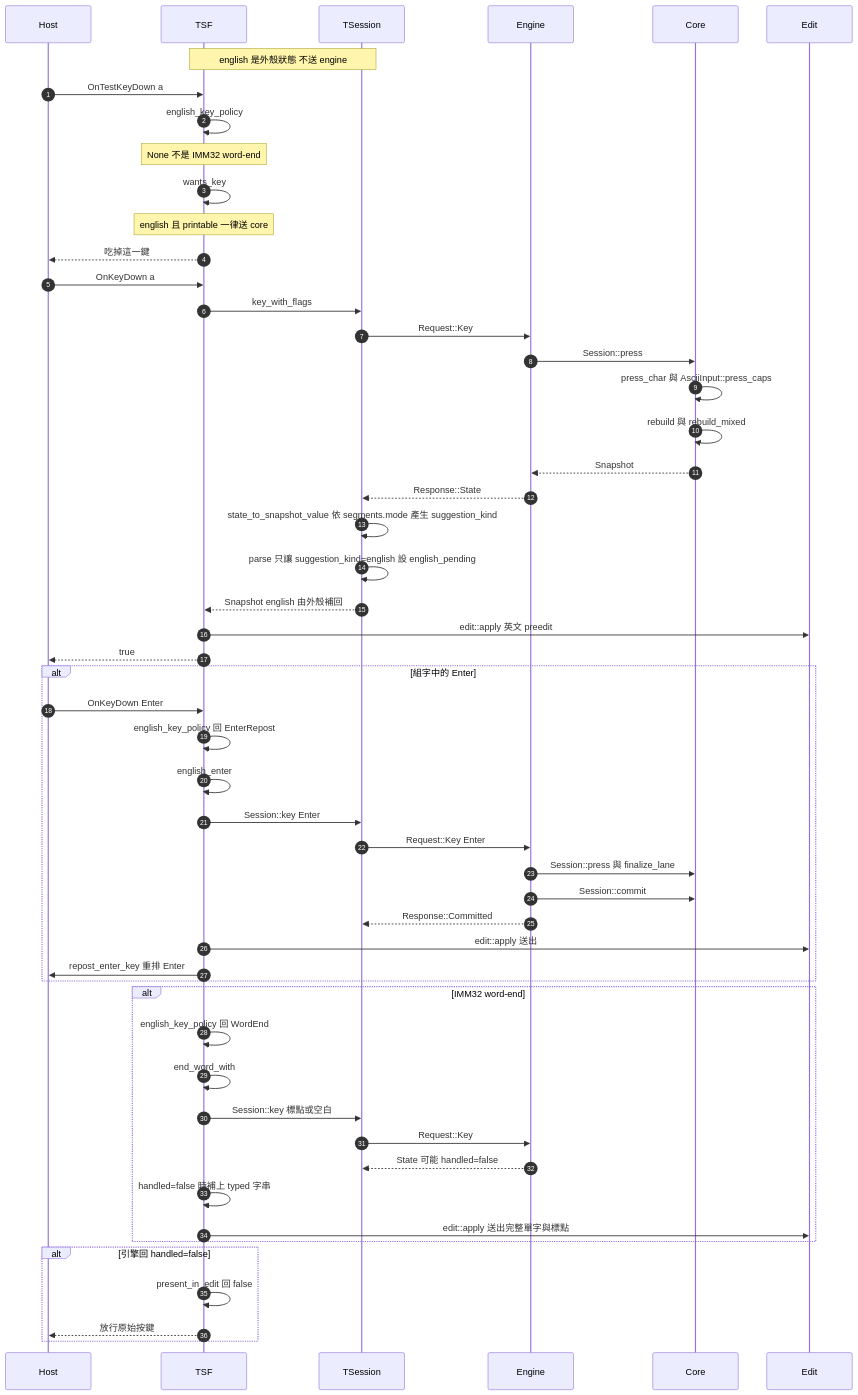
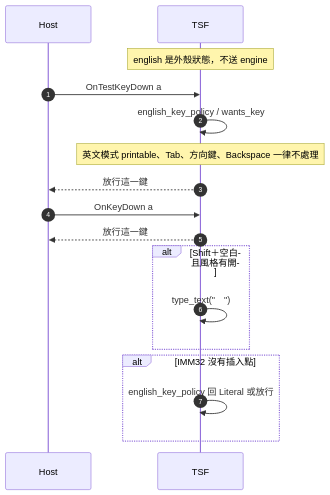
One commit to jeffpeng3/jc-ime changed the fifth of 13 diagrams in docs/port/event-flows.md. Above: the diagram before and after it, drawn with Mermaid. The commit also changed other lines of this file and 16 other files, not shown here.

````diff
--- a/docs/port/event-flows.md
+++ b/docs/port/event-flows.md
@@ -305,60 +305,23 @@
 ```mermaid
 sequenceDiagram
     autonumber
     participant Host
     participant TSF
-    participant TSession
-    participant Engine
-    participant Core
-    participant Edit
 
-    Note over TSF,TSession: english 是外殼狀態 不送 engine
+    Note over TSF: english 是外殼狀態，不送 engine
     Host->>TSF: OnTestKeyDown a
-    TSF->>TSF: english_key_policy
-    Note over TSF: None 不是 IMM32 word-end
-    TSF->>TSF: wants_key
-    Note over TSF: english 且 printable 一律送 core
-    TSF-->>Host: 吃掉這一鍵
+    TSF->>TSF: english_key_policy / wants_key
+    Note over TSF: 英文模式 printable、Tab、方向鍵、Backspace 一律不處理
+    TSF-->>Host: 放行這一鍵
 
     Host->>TSF: OnKeyDown a
-    TSF->>TSession: key_with_flags
-    TSession->>Engine: Request::Key
-    Engine->>Core: Session::press
-    Core->>Core: press_char 與 AsciiInput::press_caps
-    Core->>Core: rebuild 與 rebuild_mixed
-    Core-->>Engine: Snapshot
-    Engine-->>TSession: Response::State
-    TSession->>TSession: state_to_snapshot_value 依 segments.mode 產生 suggestion_kind
-    TSession->>TSession: parse 只讓 suggestion_kind=english 設 english_pending
-    TSession-->>TSF: Snapshot english 由外殼補回
-    TSF->>Edit: edit::apply 英文 preedit
-    TSF-->>Host: true
+    TSF-->>Host: 放行這一鍵
 
-    alt 組字中的 Enter
-        Host->>TSF: OnKeyDown Enter
-        TSF->>TSF: english_key_policy 回 EnterRepost
-        TSF->>TSF: english_enter
-        TSF->>TSession: Session::key Enter
-        TSession->>Engine: Request::Key Enter
-        Engine->>Core: Session::press 與 finalize_lane
-        Engine->>Core: Session::commit
-        Engine-->>TSession: Response::Committed
-        TSF->>Edit: edit::apply 送出
-        TSF->>Host: repost_enter_key 重排 Enter
+    alt Shift＋空白且風格有開
+        TSF->>TSF: type_text("　")
     end
 
-    alt IMM32 word-end
-        TSF->>TSF: english_key_policy 回 WordEnd
-        TSF->>TSF: end_word_with
-        TSF->>TSession: Session::key 標點或空白
-        TSession->>Engine: Request::Key
-        Engine-->>TSession: State 可能 handled=false
-        TSF->>TSF: handled=false 時補上 typed 字串
-        TSF->>Edit: edit::apply 送出完整單字與標點
-    end
-
-    alt 引擎回 handled=false
-        TSF->>TSF: present_in_edit 回 false
-        TSF-->>Host: 放行原始按鍵
+    alt IMM32 沒有插入點
+        TSF->>TSF: english_key_policy 回 Literal 或放行
     end
 ```
````
